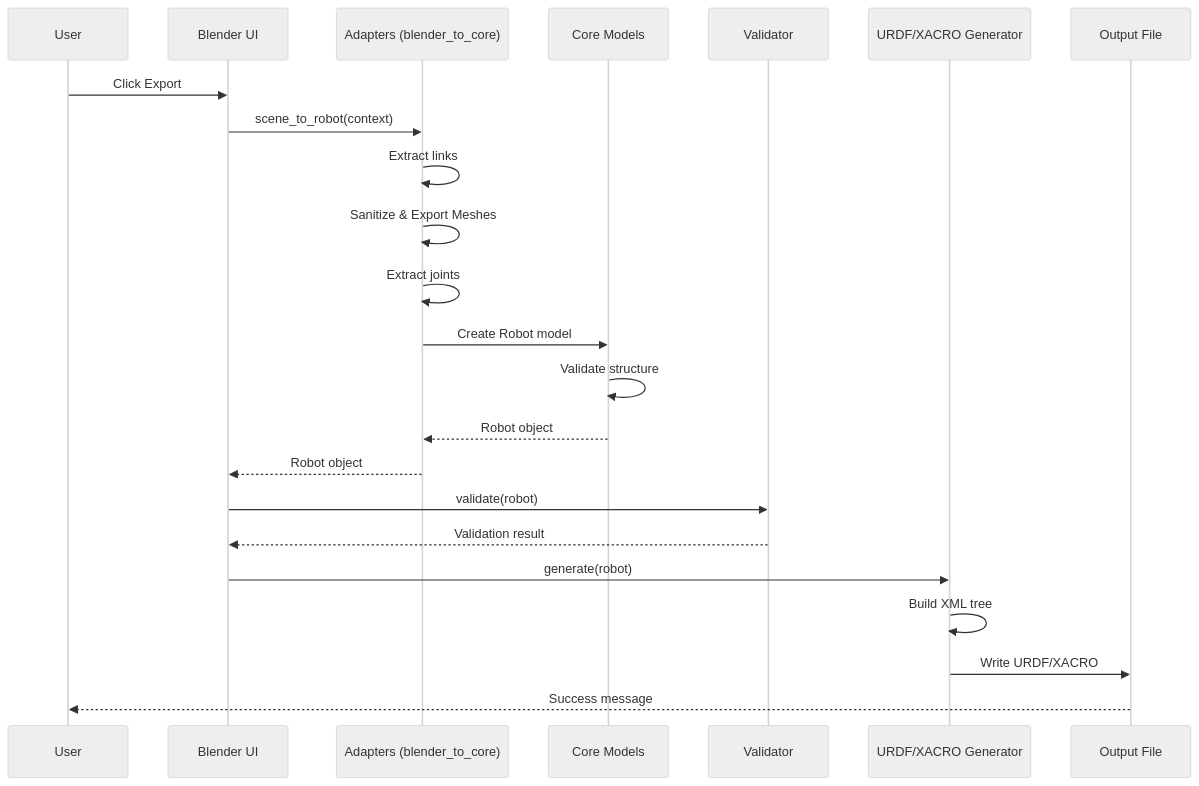
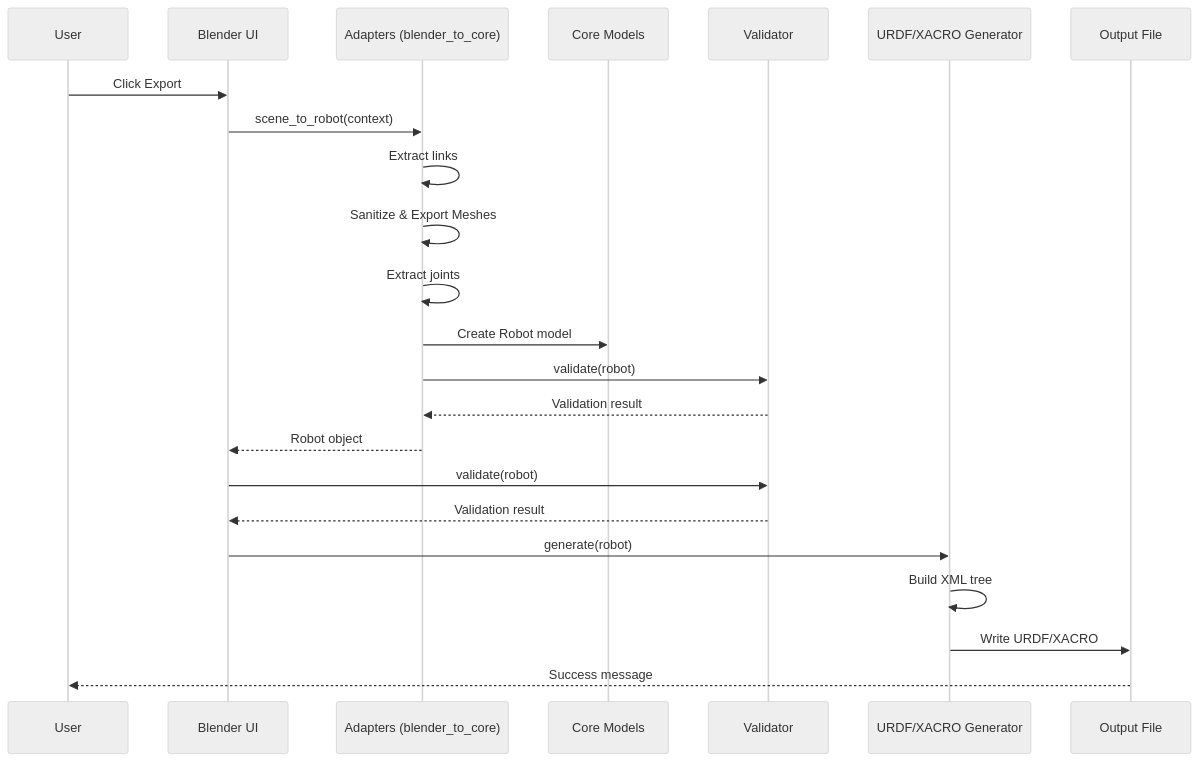
Before and after one commit to julianmueller/linkforge: the fourth of 7 diagrams in ARCHITECTURE.md, drawn with Mermaid (neutral theme). The commit also changed other lines of this file and 45 other files, not shown here.

````diff
--- a/ARCHITECTURE.md
+++ b/ARCHITECTURE.md
@@ -145,26 +144,26 @@
 ```mermaid
 sequenceDiagram
     participant User
     participant UI as Blender UI
     participant Adapter as Adapters (blender_to_core)
     participant Models as Core Models
     participant Validator as Validator
     participant Generator as URDF/XACRO Generator
     participant File as Output File
 
     User->>UI: Click Export
     UI->>Adapter: scene_to_robot(context)
     Adapter->>Adapter: Extract links
     Adapter->>Adapter: Sanitize & Export Meshes
     Adapter->>Adapter: Extract joints
     Adapter->>Models: Create Robot model
-    Models->>Models: Validate structure
-    Models-->>Adapter: Robot object
+    Adapter->>Validator: validate(robot)
+    Validator-->>Adapter: Validation result
     Adapter-->>UI: Robot object
     UI->>Validator: validate(robot)
     Validator-->>UI: Validation result
     UI->>Generator: generate(robot)
     Generator->>Generator: Build XML tree
     Generator->>File: Write URDF/XACRO
     File-->>User: Success message
 ```
````
